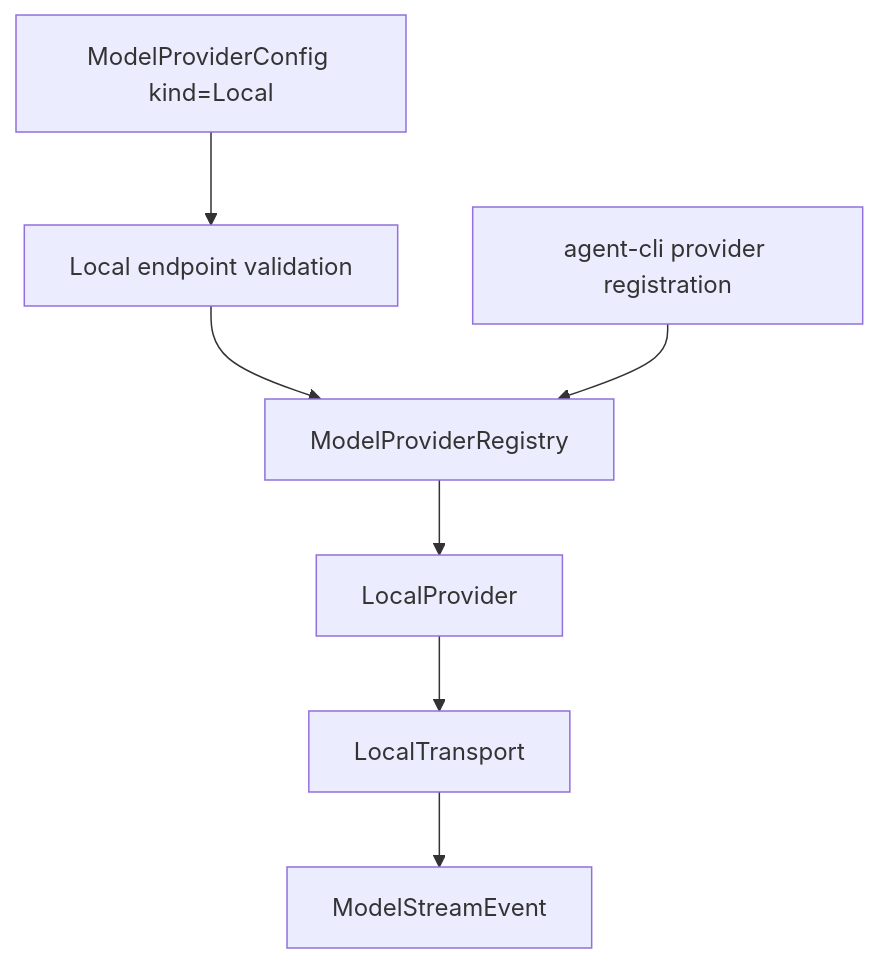
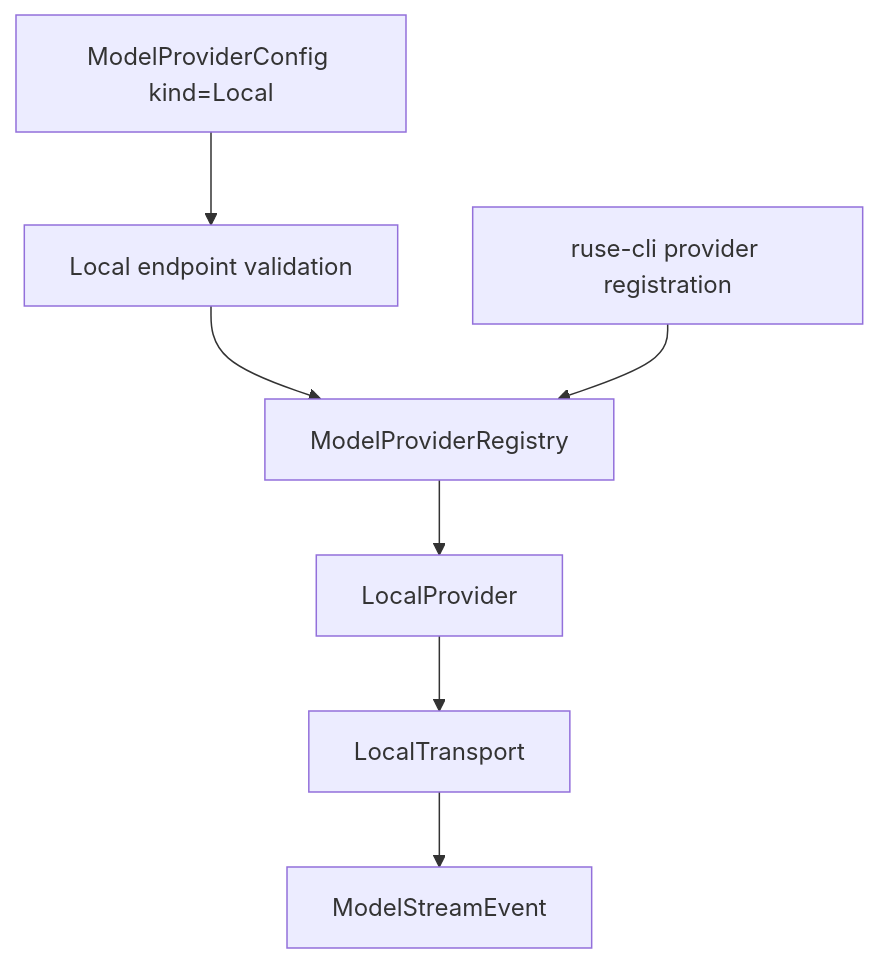
Before and after one commit to poneding/agent: the diagram in docs/specs/M57-04-local-provider-adapter.spec.md, drawn with Mermaid. The commit also changed other lines of this file and 2091 other files, not shown here.

First line of the commit message:
refactor: rename agent branding to ruse

````diff
--- a/docs/specs/M57-04-local-provider-adapter.spec.md
+++ b/docs/specs/M57-04-local-provider-adapter.spec.md
@@ -33,9 +33,9 @@
 ```mermaid
 flowchart TD
   Config["ModelProviderConfig kind=Local"] --> Validation["Local endpoint validation"]
   Validation --> Registry["ModelProviderRegistry"]
   Registry --> Provider["LocalProvider"]
   Provider --> Transport["LocalTransport"]
   Transport --> Stream["ModelStreamEvent"]
-  CLI["agent-cli provider registration"] --> Registry
+  CLI["ruse-cli provider registration"] --> Registry
 ```
````
